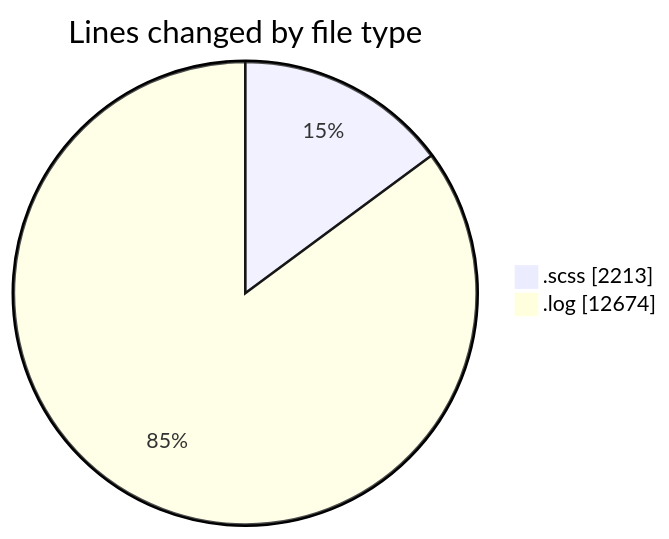
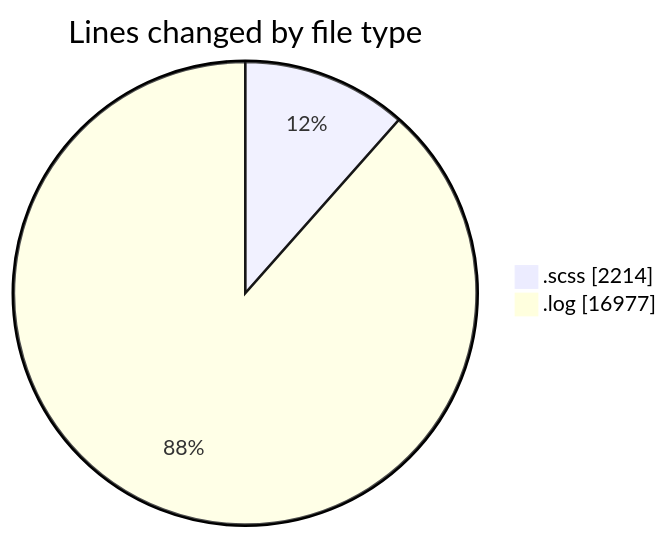
One commit to momahboobian/code-tracking changed the first of 2 diagrams in 2026-01-21/cda/README.md. Above: the diagram before and after it, drawn with Mermaid. The commit also changed other lines of this file and 1 other file, not shown here.

````diff
--- a/2026-01-21/cda/README.md
+++ b/2026-01-21/cda/README.md
@@ -28,6 +28,6 @@
 ```mermaid
 pie showData
 title Lines changed by file type
-".scss" : 2213
-".log" : 12674
+".scss" : 2214
+".log" : 16977
 ```
````
